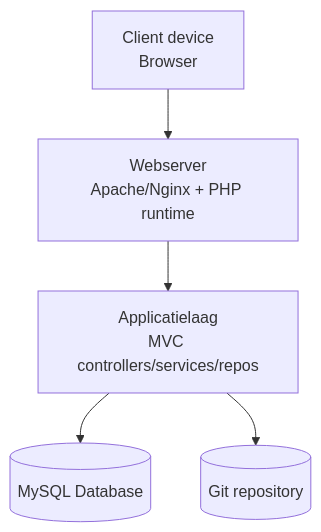
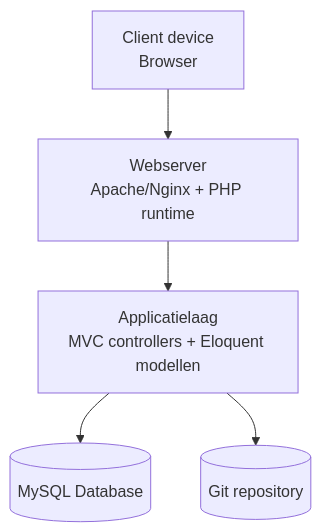
One commit to RobinVanOudheusden2/propedeuse changed the fifth of 5 diagrams in docs/analyse-ontwerp-gamebibliotheek.md. Above: the diagram before and after it, drawn with Mermaid. The commit also changed other lines of this file and 59 other files, not shown here.

````diff
--- a/docs/analyse-ontwerp-gamebibliotheek.md
+++ b/docs/analyse-ontwerp-gamebibliotheek.md
@@ -301,13 +296,13 @@
 ```mermaid
 flowchart TB
     Client[Client device<br/>Browser]
     WebServer[Webserver<br/>Apache/Nginx + PHP runtime]
-    App[Applicatielaag<br/>MVC controllers/services/repos]
+    App[Applicatielaag<br/>MVC controllers + Eloquent modellen]
     DB[(MySQL Database)]
     Git[(Git repository)]
 
     Client --> WebServer
     WebServer --> App
     App --> DB
     App --> Git
 ```
````
